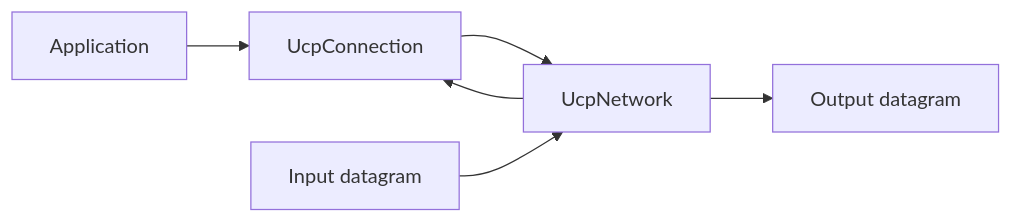
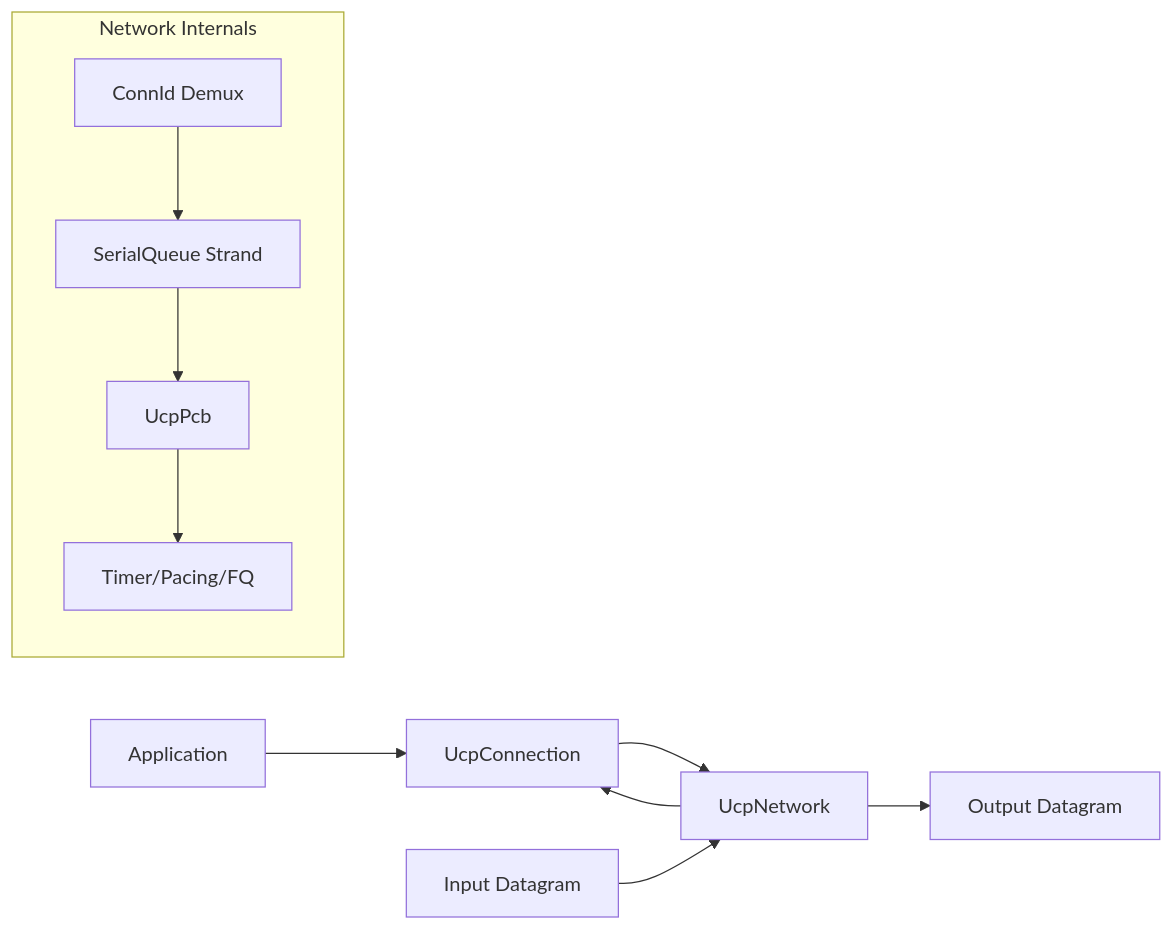
Before and after one commit to liulilittle/ucp: the third of 3 diagrams in docs/api.md, drawn with Mermaid. The commit also changed other lines of this file and 17 other files, not shown here.

````diff
--- a/docs/api.md
+++ b/docs/api.md
@@ -134,8 +196,15 @@
 ```mermaid
 flowchart LR
     App[Application] --> Conn[UcpConnection]
     Conn --> Network[UcpNetwork]
-    Network --> Output[Output datagram]
-    Input[Input datagram] --> Network
+    Network --> Output[Output Datagram]
+    Input[Input Datagram] --> Network
     Network --> Conn
+
+    subgraph Network Internals
+        direction TB
+        Demux[ConnId Demux] --> Strand[SerialQueue Strand]
+        Strand --> Pcb[UcpPcb]
+        Pcb --> Timer[Timer/Pacing/FQ]
+    end
 ```
````
